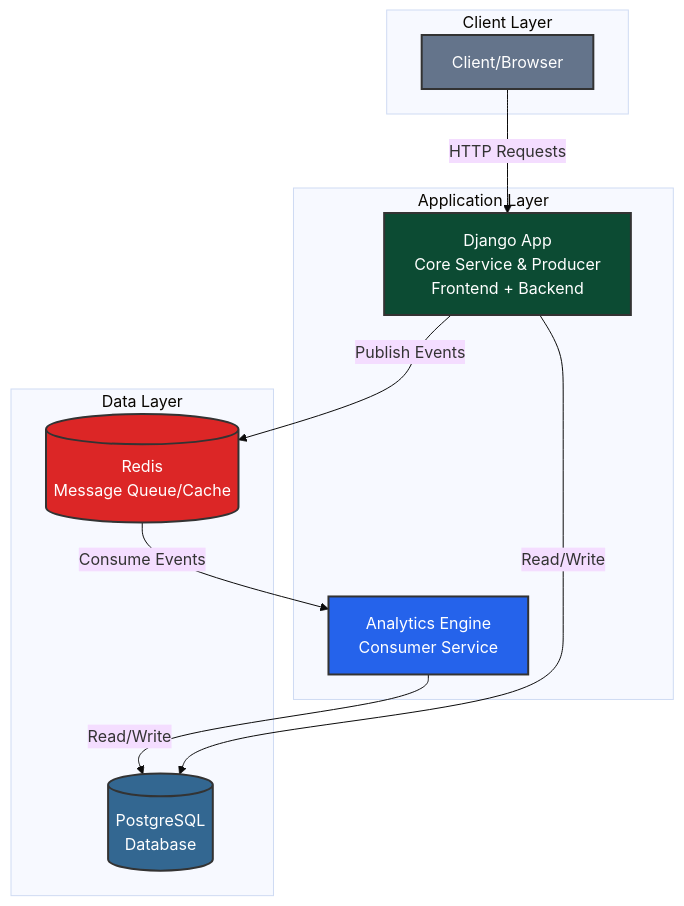
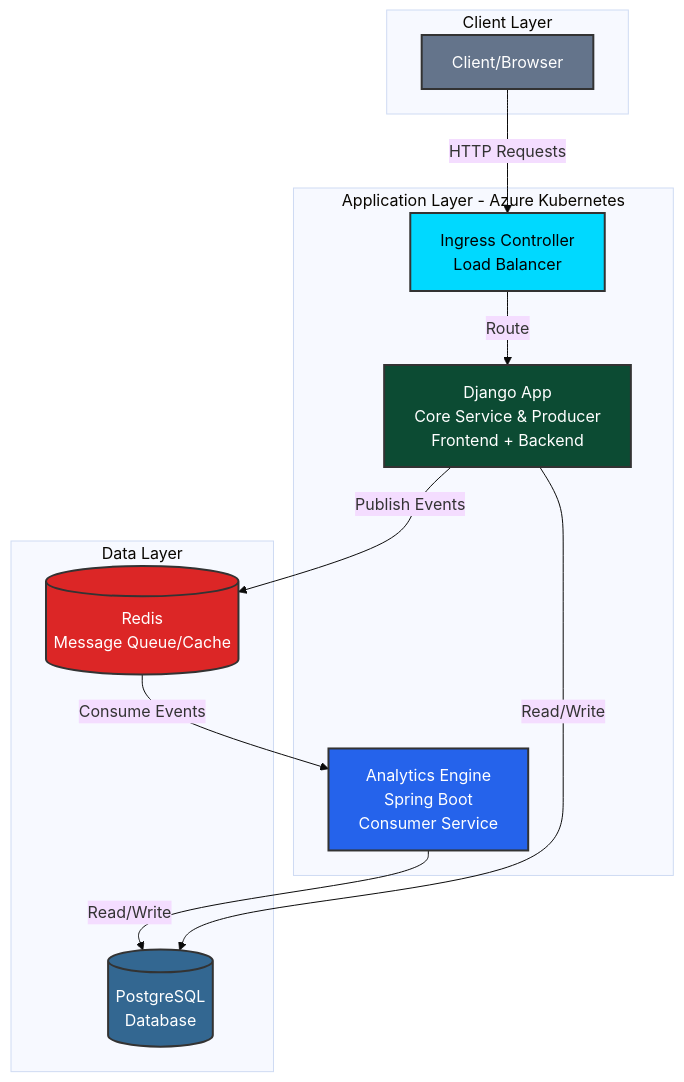
One commit to yublueprint/BlackCreekFarm changed the first of 2 diagrams in README.md. Above: the diagram before and after it, drawn with Mermaid (base theme). The commit also changed other lines of this file, not shown here.

First line of the commit message:
Revise README with architecture and CI/CD details

````diff
--- a/README.md
+++ b/README.md
@@ -3,28 +136,31 @@
 ```mermaid
 graph TB
     subgraph "Client Layer"
         Client[Client/Browser]
     end
     
-    subgraph "Application Layer"
+    subgraph "Application Layer - Azure Kubernetes"
+        Ingress[Ingress Controller<br/>Load Balancer]
         Django[Django App<br/>Core Service & Producer<br/>Frontend + Backend]
-        Analytics[Analytics Engine<br/>Consumer Service]
+        Analytics[Analytics Engine<br/>Spring Boot<br/>Consumer Service]
     end
     
     subgraph "Data Layer"
         Redis[(Redis<br/>Message Queue/Cache)]
         PostgreSQL[(PostgreSQL<br/>Database)]
     end
     
-    Client -->|HTTP Requests| Django
+    Client -->|HTTP Requests| Ingress
+    Ingress -->|Route| Django
     Django -->|Publish Events| Redis
     Django -->|Read/Write| PostgreSQL
     Redis -->|Consume Events| Analytics
     Analytics -->|Read/Write| PostgreSQL
     
     style Django fill:#0c4b33,stroke:#333,stroke-width:2px,color:#fff
     style Analytics fill:#2563eb,stroke:#333,stroke-width:2px,color:#fff
     style Redis fill:#dc2626,stroke:#333,stroke-width:2px,color:#fff
     style PostgreSQL fill:#336791,stroke:#333,stroke-width:2px,color:#fff
     style Client fill:#64748b,stroke:#333,stroke-width:2px,color:#fff
+    style Ingress fill:#00d9ff,stroke:#333,stroke-width:2px,color:#000
 ```
````
